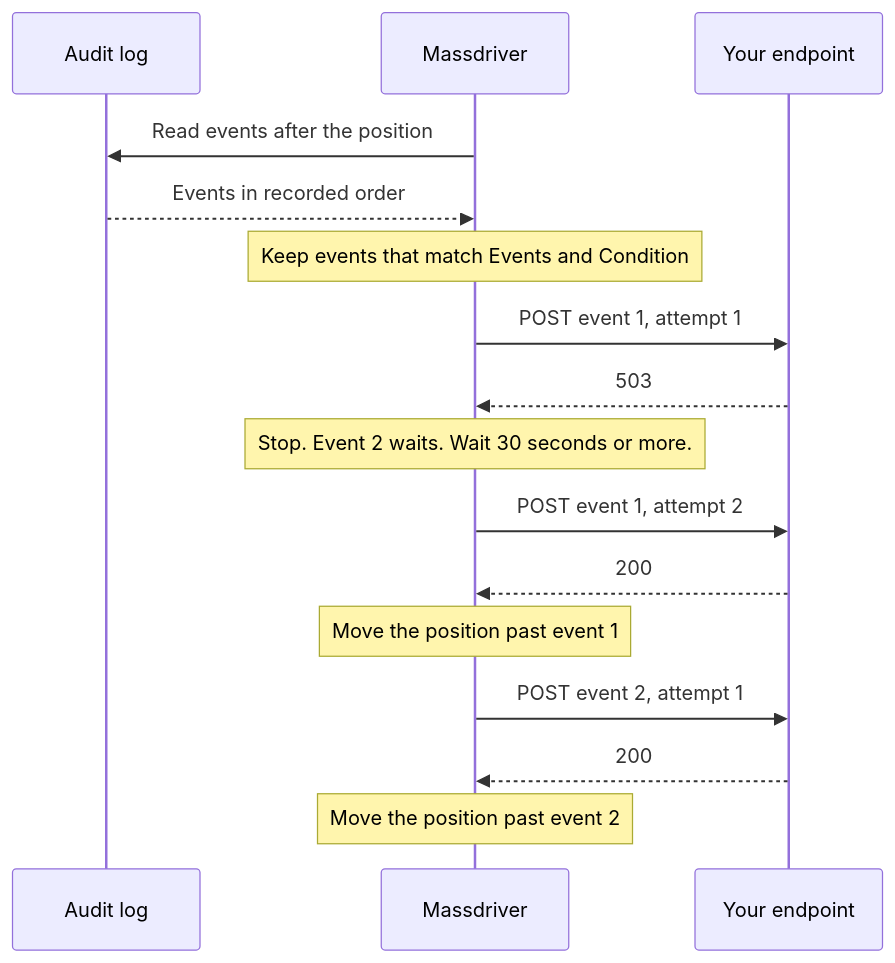
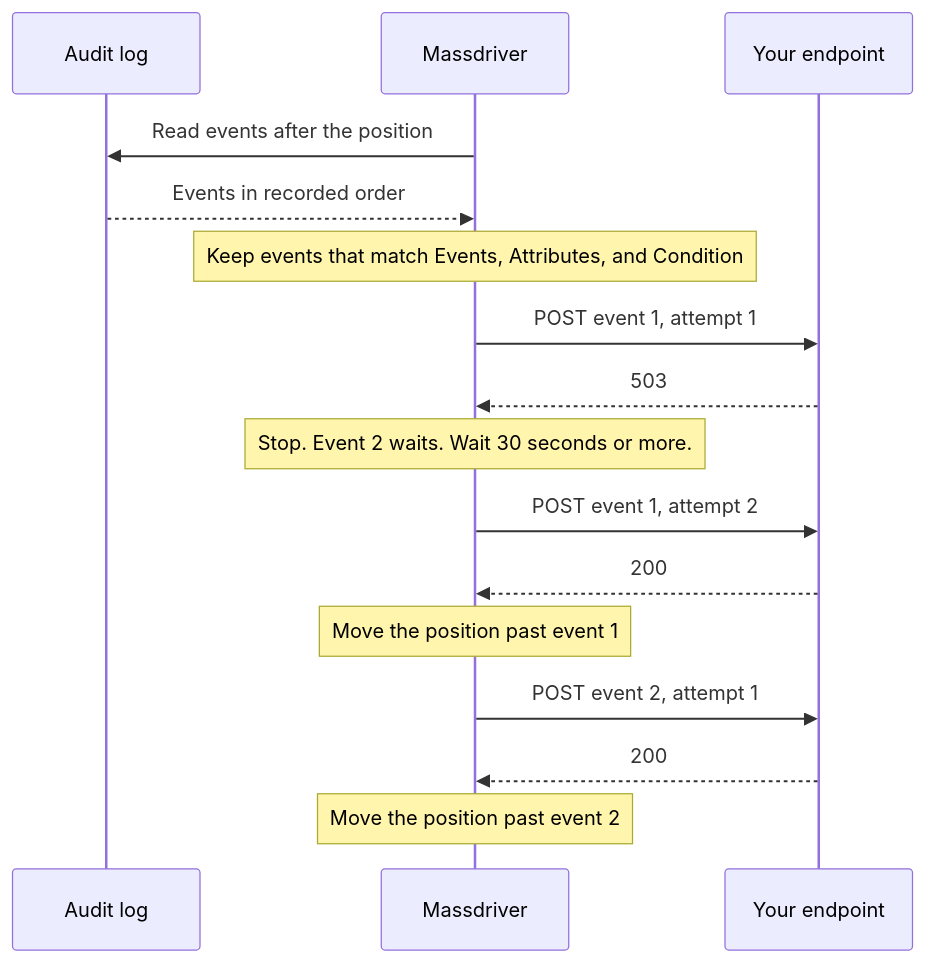
The diagram in docs/platform-operations/03-event-destinations.md (massdriver-cloud/docs), drawn with Mermaid before and after one commit. The commit also changed other lines of this file, not shown here.

````diff
--- a/docs/platform-operations/03-event-destinations.md
+++ b/docs/platform-operations/03-event-destinations.md
@@ -113,18 +120,18 @@
 ```mermaid
 sequenceDiagram
     participant AL as Audit log
     participant MD as Massdriver
     participant EP as Your endpoint
     MD->>AL: Read events after the position
     AL-->>MD: Events in recorded order
-    Note over MD: Keep events that match Events and Condition
+    Note over MD: Keep events that match Events, Attributes, and Condition
     MD->>EP: POST event 1, attempt 1
     EP-->>MD: 503
     Note over MD: Stop. Event 2 waits. Wait 30 seconds or more.
     MD->>EP: POST event 1, attempt 2
     EP-->>MD: 200
     Note over MD: Move the position past event 1
     MD->>EP: POST event 2, attempt 1
     EP-->>MD: 200
     Note over MD: Move the position past event 2
 ```
````
